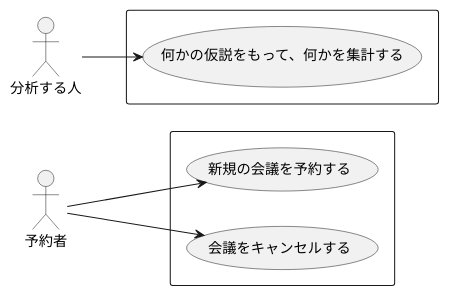
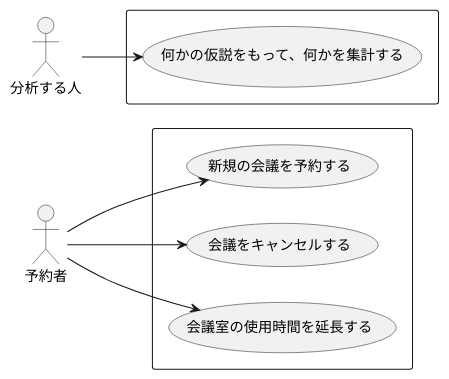
One commit to ModelingKai/meeting-room-python changed the diagram in diagram/ユースケース.puml. Above: the diagram before and after it, drawn with PlantUML.

Commit message:
ユースケースの追加 「会議室の使用時間を延長する」

```diff
--- a/diagram/ユースケース.puml
+++ b/diagram/ユースケース.puml
@@ -1,16 +1,17 @@
 @startuml
 left to right direction
 
 actor 予約者 as a1
 actor 分析する人 as a2
 
 rectangle {
     a1 --> (新規の会議を予約する)
     a1 --> (会議をキャンセルする)
+    a1 --> (会議室の使用時間を延長する)
 }
 
 rectangle {
     a2 --> (何かの仮説をもって、何かを集計する)
 }
 
 @enduml
```
